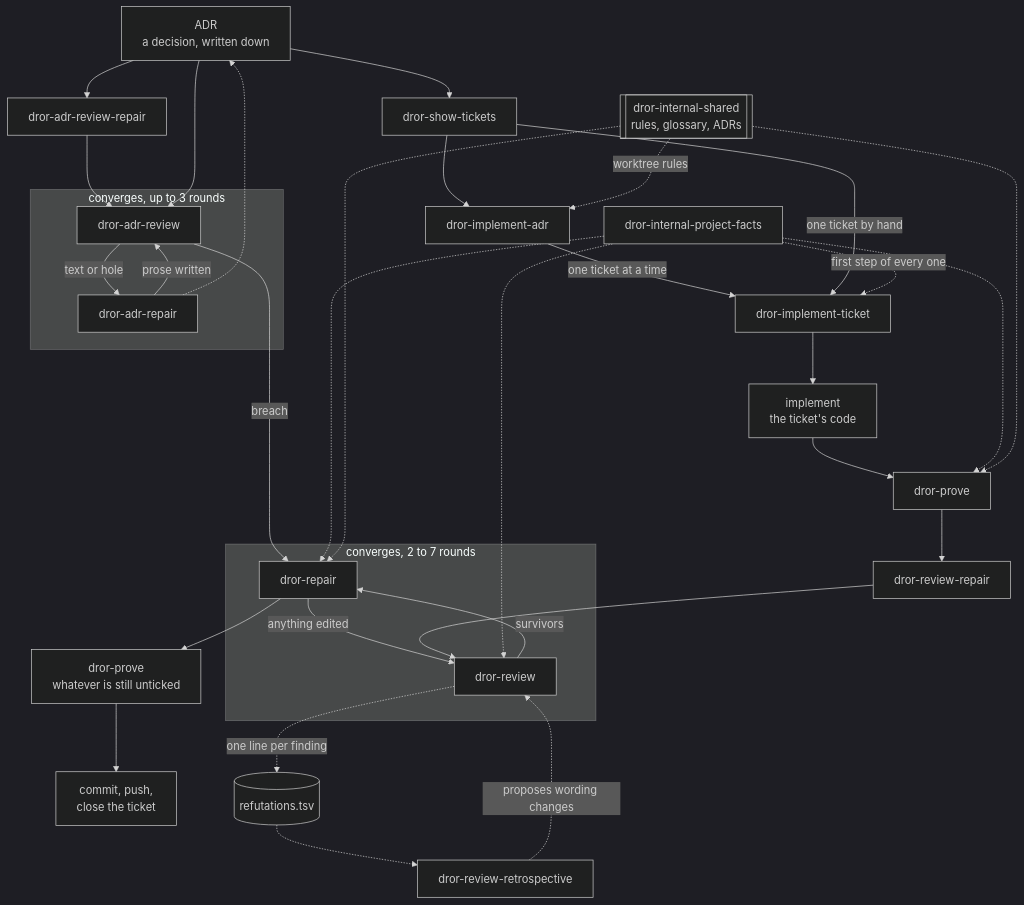
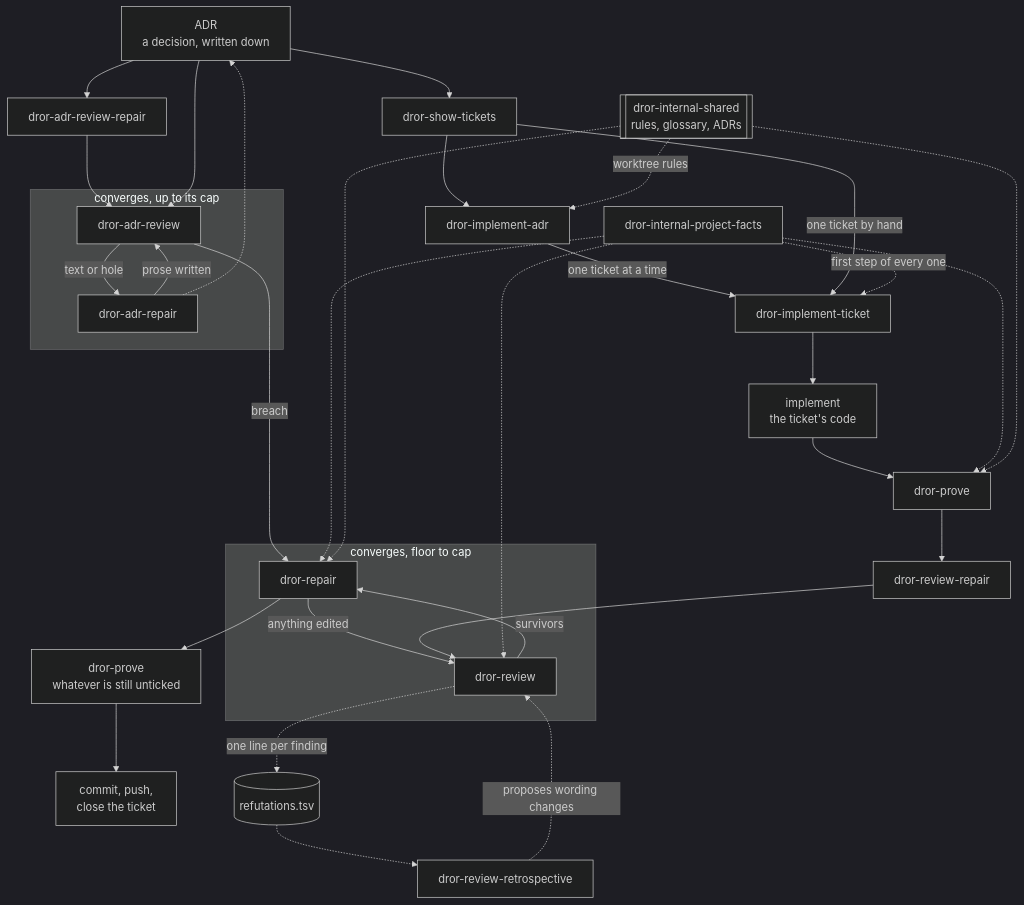
The diagram in STRUCTURE.md (drormeir/dror-skills), drawn with Mermaid (dark theme) before and after one commit. The commit also changed other lines of this file and 23 other files, not shown here.

````diff
--- a/STRUCTURE.md
+++ b/STRUCTURE.md
@@ -68,49 +68,49 @@
 ```mermaid
 flowchart TD
     ADR["ADR<br/>a decision, written down"]
 
     ADR --> ARR[dror-adr-review-repair]
     ARR --> AR
 
-    subgraph adrloop ["converges, up to 3 rounds"]
+    subgraph adrloop ["converges, up to its cap"]
         AR[dror-adr-review] -->|text or hole| ARP[dror-adr-repair]
         ARP -->|prose written| AR
     end
 
     ADR --> AR
     AR -->|breach| RP
     ARP -.-> ADR
 
     ADR --> ST[dror-show-tickets]
     ST --> IA[dror-implement-adr]
     IA -->|one ticket at a time| IT[dror-implement-ticket]
     ST -->|one ticket by hand| IT
 
     IT --> IMPL["implement<br/>the ticket's code"]
     IMPL --> PV[dror-prove]
     PV --> RR[dror-review-repair]
 
-    subgraph loop ["converges, 2 to 7 rounds"]
+    subgraph loop ["converges, floor to cap"]
         RV[dror-review] -->|survivors| RP[dror-repair]
         RP -->|anything edited| RV
     end
 
     RR --> RV
     RP --> PV2["dror-prove<br/>whatever is still unticked"]
     PV2 --> CM["commit, push,<br/>close the ticket"]
 
     RV -.->|one line per finding| LOG[("refutations.tsv")]
     LOG -.-> RETRO[dror-review-retrospective]
     RETRO -.->|proposes wording changes| RV
 
     PF[dror-internal-project-facts]
     PF -.->|first step of every one| IT
     PF -.-> PV
     PF -.-> RV
     PF -.-> RP
 
     SH[["dror-internal-shared<br/>rules, glossary, ADRs"]]
     SH -.-> PV
     SH -.-> RP
     SH -.->|worktree rules| IA
 ```
````
